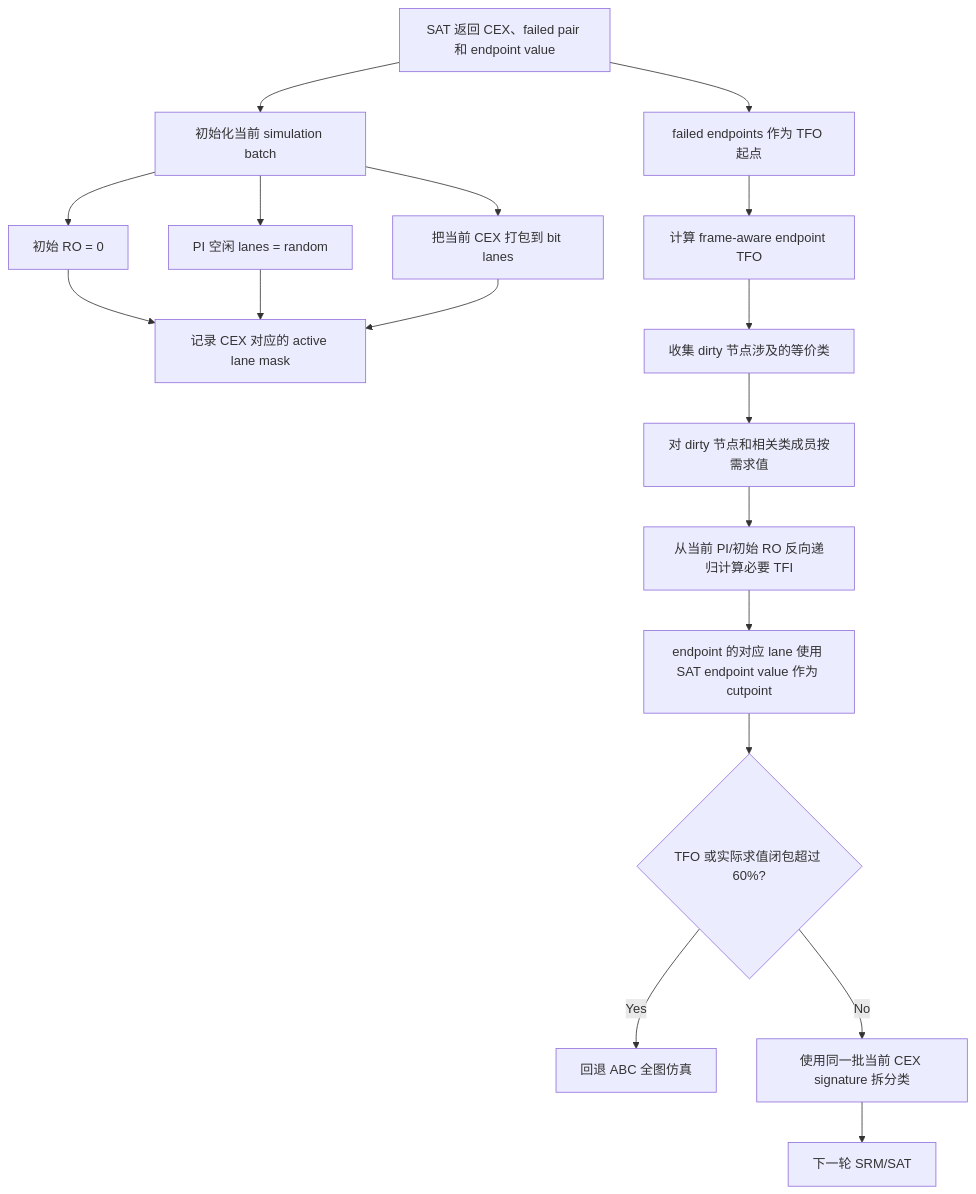
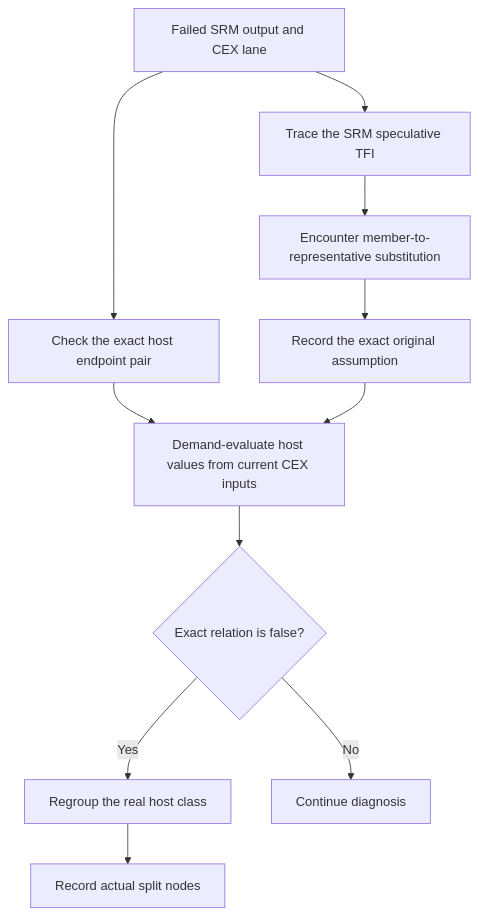
One commit to zxxr1113/abc changed the third of 5 diagrams in md/scorr_simulation_flow_comparison.md. Above: the diagram before and after it, drawn with Mermaid. The commit also changed other lines of this file and 3 other files, not shown here.

Commit message:
cec: diagnose cex before incremental tfo simulation

````diff
--- a/md/scorr_simulation_flow_comparison.md
+++ b/md/scorr_simulation_flow_comparison.md
@@ -110,20 +189,13 @@
 ```mermaid
 flowchart TD
-    A["SAT 返回 CEX、failed pair 和 endpoint value"] --> B["初始化当前 simulation batch"]
-    B --> B1["初始 RO = 0"]
-    B --> B2["PI 空闲 lanes = random"]
-    B --> B3["把当前 CEX 打包到 bit lanes"]
-    B1 --> C["记录 CEX 对应的 active lane mask"]
-    B2 --> C
-    B3 --> C
-    A --> D["failed endpoints 作为 TFO 起点"]
-    D --> E["计算 frame-aware endpoint TFO"]
-    E --> F["收集 dirty 节点涉及的等价类"]
-    F --> G["对 dirty 节点和相关类成员按需求值"]
-    G --> H["从当前 PI/初始 RO 反向递归计算必要 TFI"]
-    H --> I["endpoint 的对应 lane 使用 SAT endpoint value 作为 cutpoint"]
-    I --> J{"TFO 或实际求值闭包超过 60%?"}
-    J -- Yes --> K["回退 ABC 全图仿真"]
-    J -- No --> L["使用同一批当前 CEX signature 拆分类"]
-    L --> M["下一轮 SRM/SAT"]
+    A["Failed SRM output and CEX lane"] --> B["Check the exact host endpoint pair"]
+    A --> C["Trace the SRM speculative TFI"]
+    C --> D["Encounter member-to-representative substitution"]
+    D --> E["Record the exact original assumption"]
+    B --> F["Demand-evaluate host values from current CEX inputs"]
+    E --> F
+    F --> G{"Exact relation is false?"}
+    G -->|"Yes"| H["Regroup the real host class"]
+    G -->|"No"| I["Continue diagnosis"]
+    H --> J["Record actual split nodes"]
 ```
````
